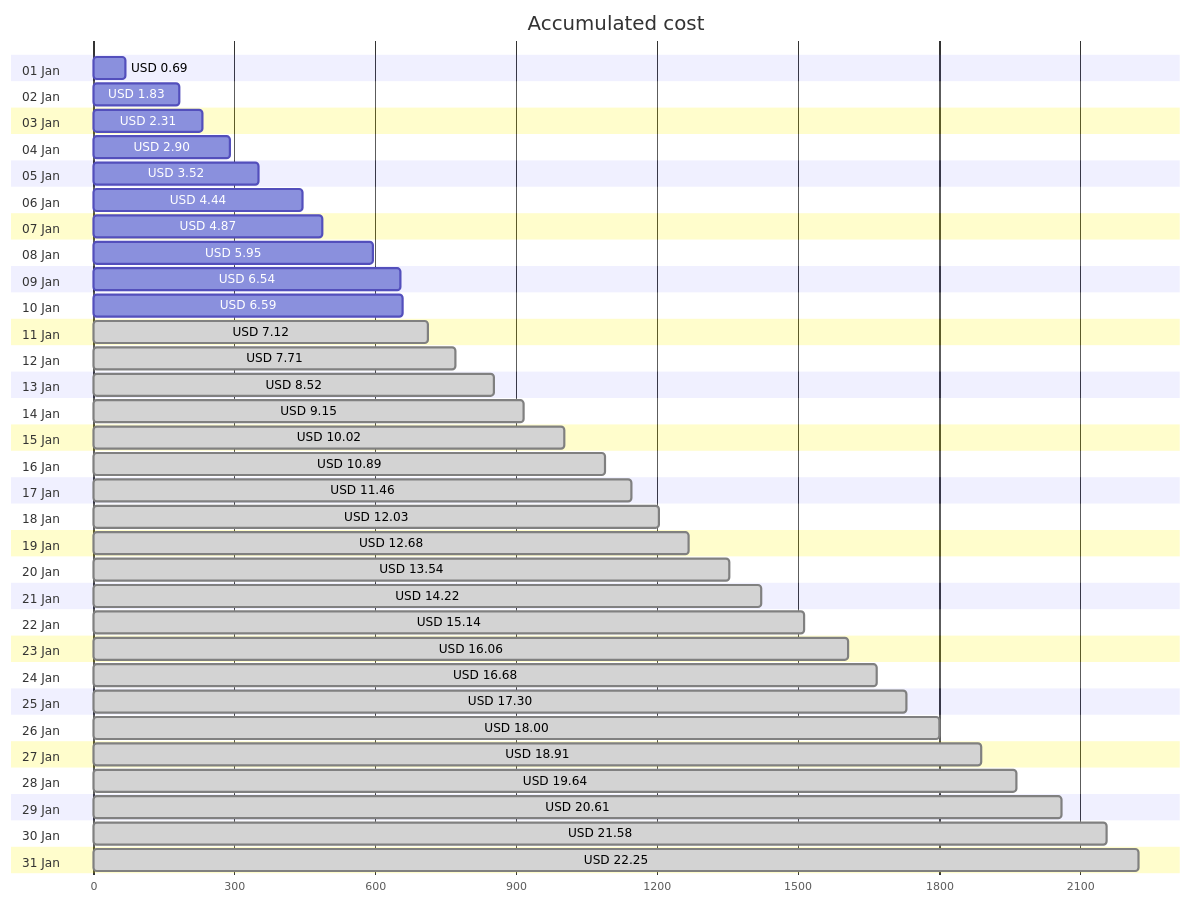
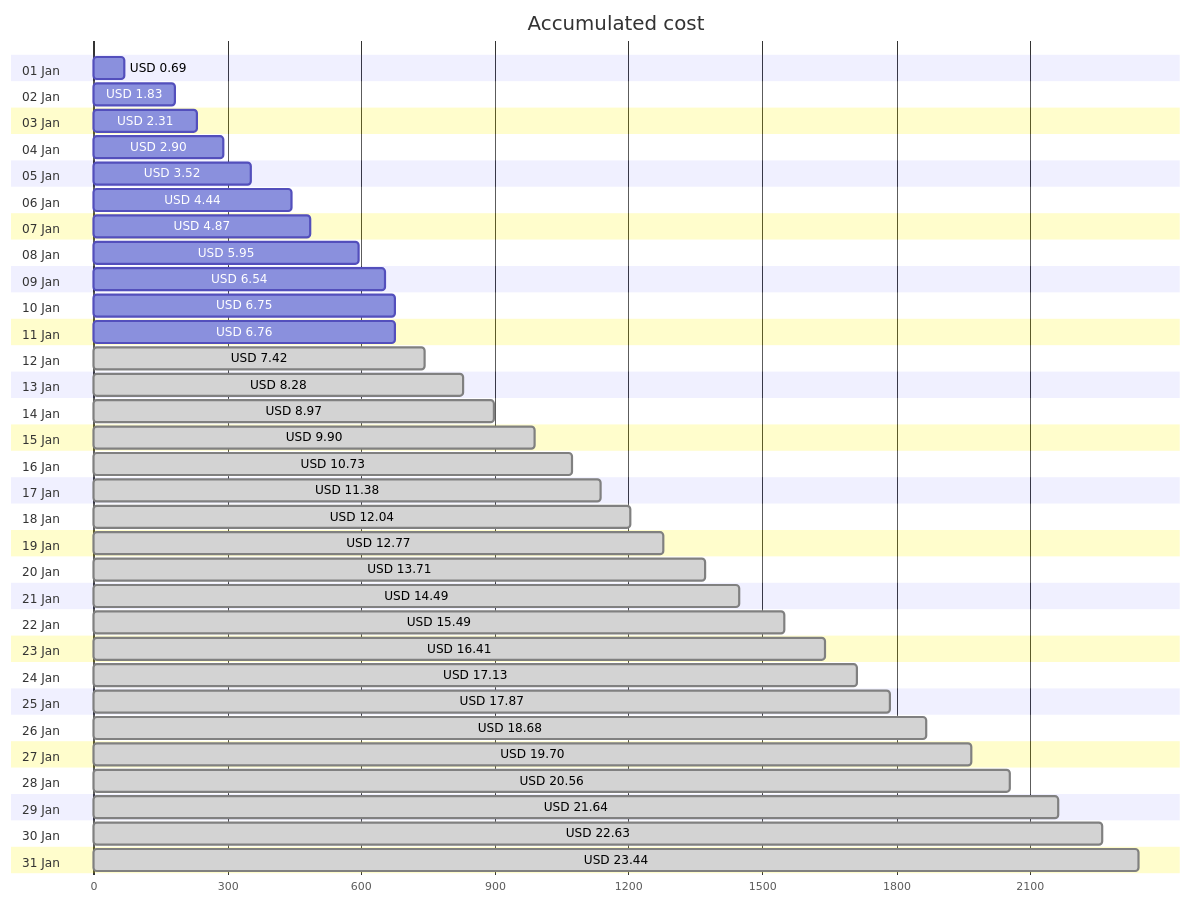
The first of 4 diagrams in cost-reports/personal-network/vpn-server.md (jpfulton/azure-personal-reports), drawn with Mermaid before and after one commit. The commit also changed other lines of this file and 8 other files, not shown here.

````diff
--- a/cost-reports/personal-network/vpn-server.md
+++ b/cost-reports/personal-network/vpn-server.md
@@ -20,68 +20,68 @@
 ```mermaid
 gantt
    title Accumulated cost
    dateFormat  X
    axisFormat %s
    section 01 Jan
    USD 0.69 :0, 69
    section 02 Jan
    USD 1.83 :0, 183
    section 03 Jan
    USD 2.31 :0, 231
    section 04 Jan
    USD 2.90 :0, 290
    section 05 Jan
    USD 3.52 :0, 352
    section 06 Jan
    USD 4.44 :0, 444
    section 07 Jan
    USD 4.87 :0, 487
    section 08 Jan
    USD 5.95 :0, 595
    section 09 Jan
    USD 6.54 :0, 654
    section 10 Jan
-   USD 6.59 :0, 659
+   USD 6.75 :0, 675
    section 11 Jan
-   USD 7.12 : done, 0, 712
+   USD 6.76 :0, 676
    section 12 Jan
-   USD 7.71 : done, 0, 771
+   USD 7.42 : done, 0, 742
    section 13 Jan
-   USD 8.52 : done, 0, 852
+   USD 8.28 : done, 0, 828
    section 14 Jan
-   USD 9.15 : done, 0, 915
+   USD 8.97 : done, 0, 897
    section 15 Jan
-   USD 10.02 : done, 0, 1002
+   USD 9.90 : done, 0, 990
    section 16 Jan
-   USD 10.89 : done, 0, 1089
+   USD 10.73 : done, 0, 1073
    section 17 Jan
-   USD 11.46 : done, 0, 1146
+   USD 11.38 : done, 0, 1138
    section 18 Jan
-   USD 12.03 : done, 0, 1203
+   USD 12.04 : done, 0, 1204
    section 19 Jan
-   USD 12.68 : done, 0, 1268
+   USD 12.77 : done, 0, 1277
    section 20 Jan
-   USD 13.54 : done, 0, 1354
+   USD 13.71 : done, 0, 1371
    section 21 Jan
-   USD 14.22 : done, 0, 1422
+   USD 14.49 : done, 0, 1449
    section 22 Jan
-   USD 15.14 : done, 0, 1514
+   USD 15.49 : done, 0, 1549
    section 23 Jan
-   USD 16.06 : done, 0, 1606
+   USD 16.41 : done, 0, 1641
    section 24 Jan
-   USD 16.68 : done, 0, 1668
+   USD 17.13 : done, 0, 1713
    section 25 Jan
-   USD 17.30 : done, 0, 1730
+   USD 17.87 : done, 0, 1787
    section 26 Jan
-   USD 18.00 : done, 0, 1800
+   USD 18.68 : done, 0, 1868
    section 27 Jan
-   USD 18.91 : done, 0, 1891
+   USD 19.70 : done, 0, 1970
    section 28 Jan
-   USD 19.64 : done, 0, 1964
+   USD 20.56 : done, 0, 2056
    section 29 Jan
-   USD 20.61 : done, 0, 2061
+   USD 21.64 : done, 0, 2164
    section 30 Jan
-   USD 21.58 : done, 0, 2158
+   USD 22.63 : done, 0, 2263
    section 31 Jan
-   USD 22.25 : done, 0, 2225
+   USD 23.44 : done, 0, 2344
 ```
````
